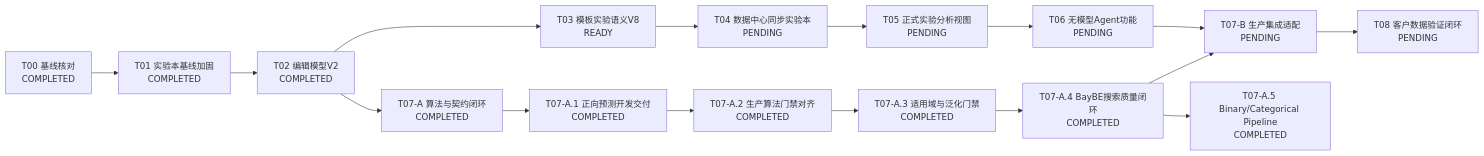
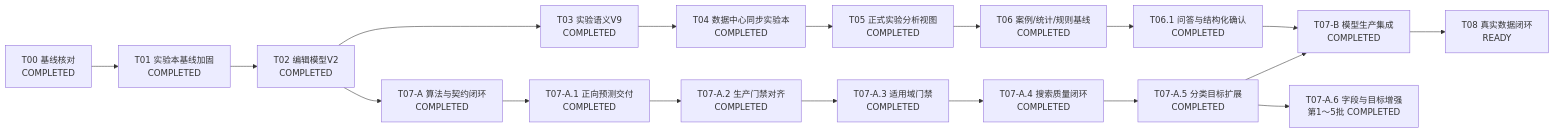
Before and after one commit to SSgr01/jsd-aird: the diagram in docs/AI实验优化、配方预测/AI配方预测与实验优化_开发任务总表.md, drawn with Mermaid. The commit also changed other lines of this file and 19 other files, not shown here.

````diff
--- a/docs/AI实验优化、配方预测/AI配方预测与实验优化_开发任务总表.md
+++ b/docs/AI实验优化、配方预测/AI配方预测与实验优化_开发任务总表.md
@@ -93,18 +130,20 @@
 ```mermaid
 flowchart LR
     T00["T00 基线核对<br/>COMPLETED"] --> T01["T01 实验本基线加固<br/>COMPLETED"]
     T01 --> T02["T02 编辑模型V2<br/>COMPLETED"]
-    T02 --> T03["T03 模板实验语义V8<br/>READY"]
-    T03 --> T04["T04 数据中心同步实验本<br/>PENDING"]
-    T04 --> T05["T05 正式实验分析视图<br/>PENDING"]
-    T05 --> T06["T06 无模型Agent功能<br/>PENDING"]
-    T06 --> T07B["T07-B 生产集成适配<br/>PENDING"]
+    T02 --> T03["T03 实验语义V9<br/>COMPLETED"]
+    T03 --> T04["T04 数据中心同步实验本<br/>COMPLETED"]
+    T04 --> T05["T05 正式实验分析视图<br/>COMPLETED"]
+    T05 --> T06["T06 案例/统计/规则基线<br/>COMPLETED"]
+    T06 --> T061["T06.1 问答与结构化确认<br/>COMPLETED"]
+    T061 --> T07B["T07-B 模型生产集成<br/>COMPLETED"]
     T02 --> T07A["T07-A 算法与契约闭环<br/>COMPLETED"]
-    T07A --> T07A1["T07-A.1 正向预测开发交付<br/>COMPLETED"]
-    T07A1 --> T07A2["T07-A.2 生产算法门禁对齐<br/>COMPLETED"]
-    T07A2 --> T07A3["T07-A.3 适用域与泛化门禁<br/>COMPLETED"]
-    T07A3 --> T07A4["T07-A.4 BayBE搜索质量闭环<br/>COMPLETED"]
-    T07A4 --> T07A5["T07-A.5 Binary/Categorical Pipeline<br/>COMPLETED"]
-    T07A4 --> T07B
-    T07B --> T08["T08 客户数据验证闭环<br/>PENDING"]
+    T07A --> T07A1["T07-A.1 正向预测交付<br/>COMPLETED"]
+    T07A1 --> T07A2["T07-A.2 生产门禁对齐<br/>COMPLETED"]
+    T07A2 --> T07A3["T07-A.3 适用域门禁<br/>COMPLETED"]
+    T07A3 --> T07A4["T07-A.4 搜索质量闭环<br/>COMPLETED"]
+    T07A4 --> T07A5["T07-A.5 分类目标扩展<br/>COMPLETED"]
+    T07A5 --> T07A6["T07-A.6 字段与目标增强<br/>第1～5批 COMPLETED"]
+    T07A5 --> T07B
+    T07B --> T08["T08 真实数据闭环<br/>READY"]
 ```
````
